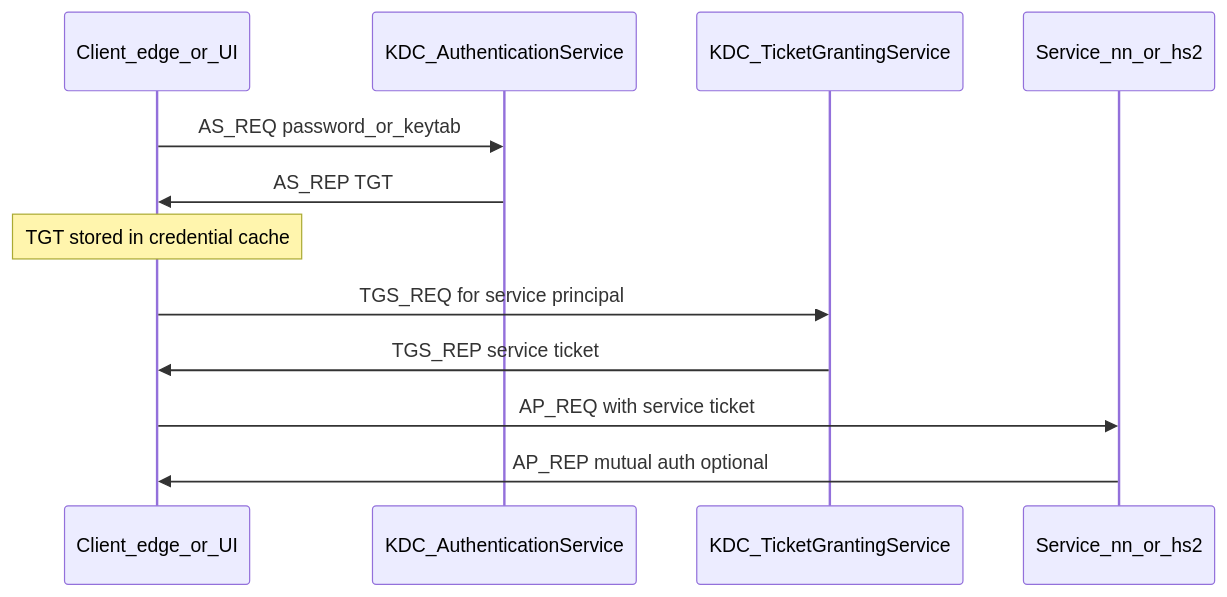
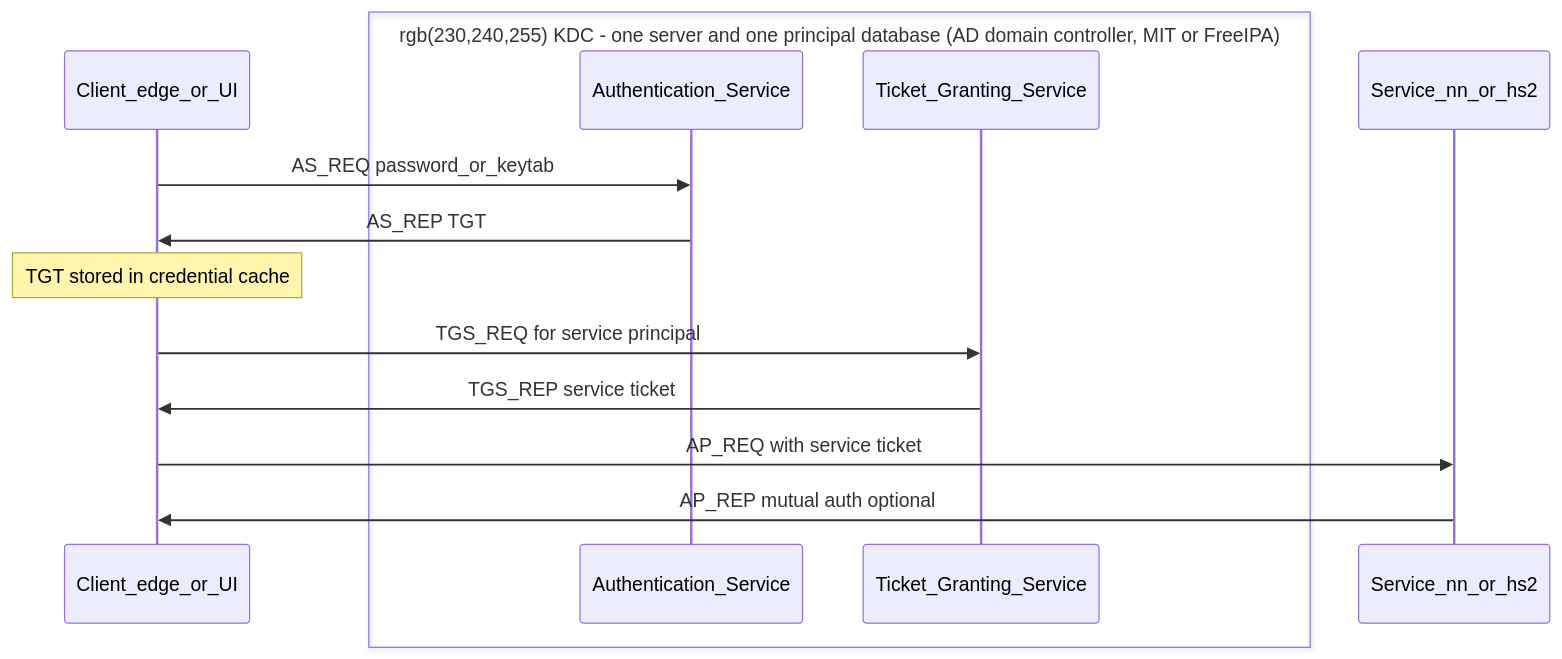
Before and after one commit to fthuerk/cdp-workshop: the diagram in 01-basics-kerberos/trainer/deep-dive.md, drawn with Mermaid. The commit also changed other lines of this file and 33 other files, not shown here.

Commit message:
hdfs flow

````diff
--- a/01-basics-kerberos/trainer/deep-dive.md
+++ b/01-basics-kerberos/trainer/deep-dive.md
@@ -11,15 +11,17 @@
 ```mermaid
 sequenceDiagram
   participant Client as Client_edge_or_UI
-  participant AS as KDC_AuthenticationService
-  participant TGS as KDC_TicketGrantingService
+  box rgb(230,240,255) KDC - one server and one principal database (AD domain controller, MIT or FreeIPA)
+    participant AS as Authentication_Service
+    participant TGS as Ticket_Granting_Service
+  end
   participant Svc as Service_nn_or_hs2
 
   Client->>AS: AS_REQ password_or_keytab
   AS->>Client: AS_REP TGT
   Note over Client: TGT stored in credential cache
   Client->>TGS: TGS_REQ for service principal
   TGS->>Client: TGS_REP service ticket
   Client->>Svc: AP_REQ with service ticket
   Svc->>Client: AP_REP mutual auth optional
 ```
````
